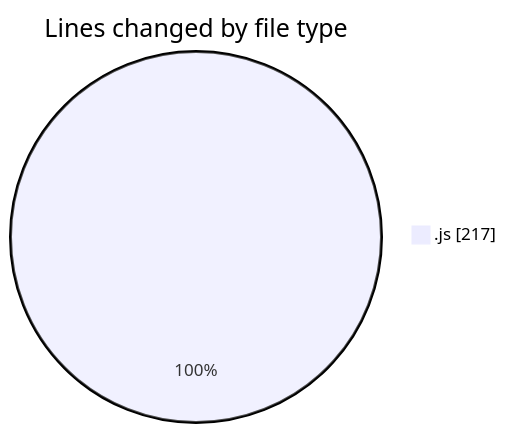
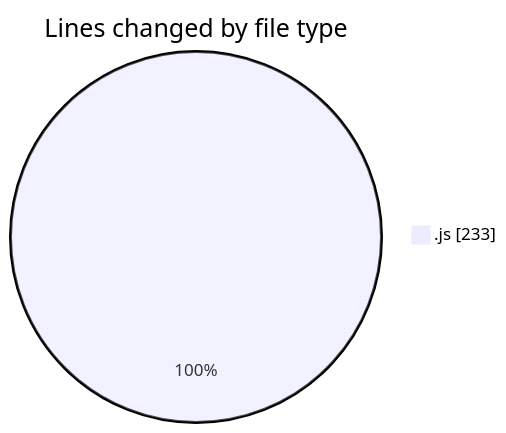
The first of 2 diagrams in 2025-02-03/cda/README.md (momahboobian/code-tracking), drawn with Mermaid before and after one commit. The commit also changed other lines of this file and 1 other file, not shown here.

````diff
--- a/2025-02-03/cda/README.md
+++ b/2025-02-03/cda/README.md
@@ -22,5 +22,5 @@
 ```mermaid
 pie showData
 title Lines changed by file type
-".js" : 217
+".js" : 233
 ```
````
